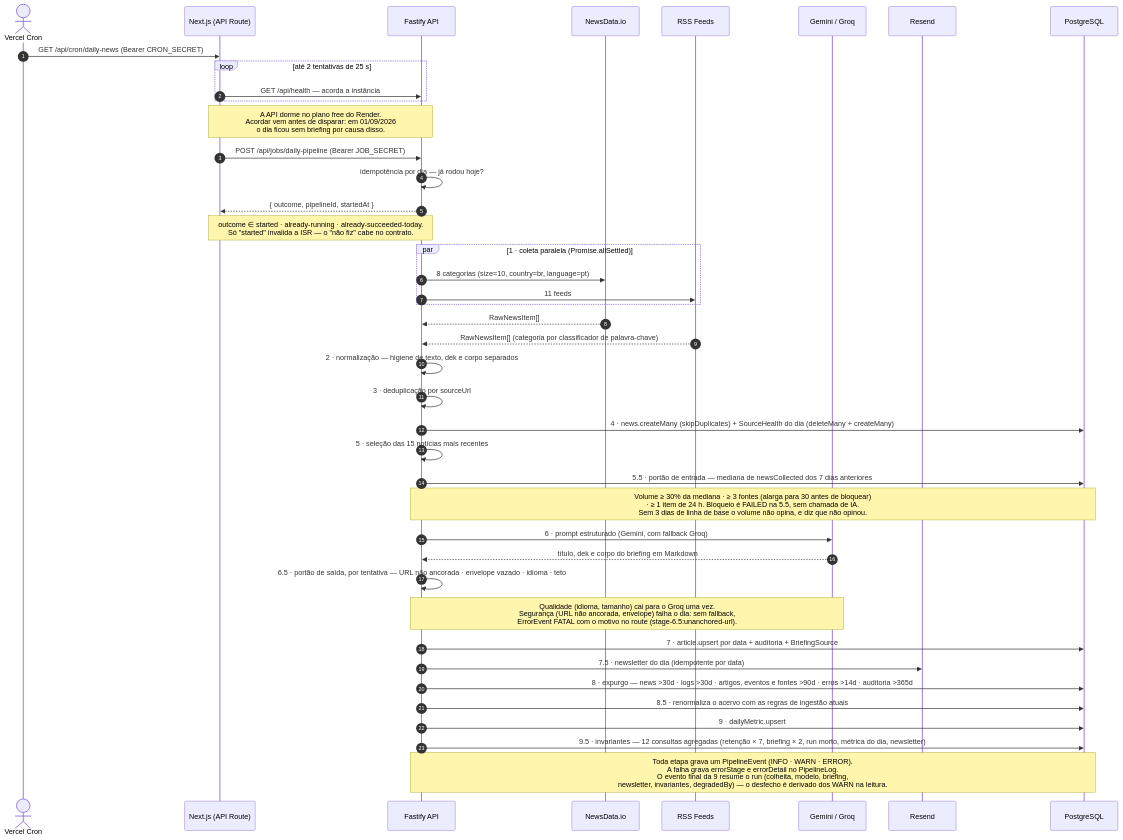
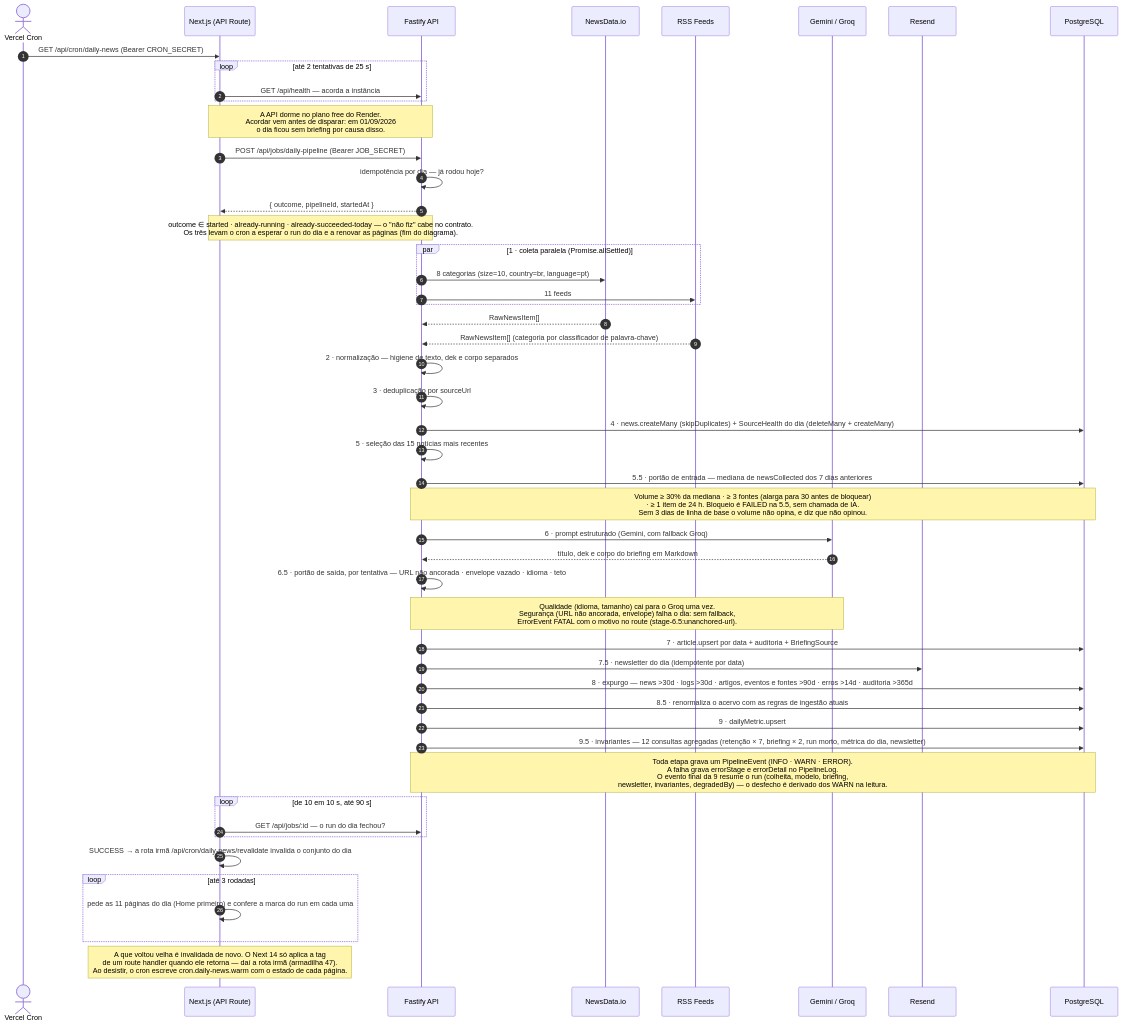
One commit to tavinholoco/newra-news changed the diagram in docs/diagrams/pipeline-sequence.mermaid. Above: the diagram before and after it, drawn with Mermaid. The commit also changed 14 other files, not shown here.

```diff
--- a/docs/diagrams/pipeline-sequence.mermaid
+++ b/docs/diagrams/pipeline-sequence.mermaid
@@ -1,60 +1,71 @@
 %% Diagrama de Sequência do Pipeline Diário — Newra News
 %% ---
-%% Atualizado em 19/09/2026. São **14 etapas**: 1–5, 5.5 (portão de entrada),
+%% Atualizado em 19/09/2026, e em 10/10/2026 com o fim do cron (13a′ do plano
+%% de observabilidade: esperar o run, invalidar pela rota irmã, pedir as
+%% páginas do dia). São **14 etapas**: 1–5, 5.5 (portão de entrada),
 %% 6, 6.5 (portão de saída), 7, 7.5 (newsletter), 8, 8.5 (renormalização), 9 e
 %% 9.5 (invariantes). As cinco não críticas — 7.5, 8, 8.5, 9 e 9.5 — falham
 %% sem abortar o pipeline; desde a Fase 11 do plano de observabilidade a
 %% escrita da SourceHealth, no fim da 4, também não aborta (WARN da etapa 4).
 %% A 9.5 (Fase 6) confere o que as anteriores deveriam ter deixado: violação
 %% vira ErrorEvent por invariante, não WARN do run. Os dois portões (Fase 9)
 %% bloqueiam: a 5.5 falha o dia sem gastar a chamada de IA; a 6.5 roda por
 %% tentativa dentro da 6 — qualidade cai para o Groq uma vez, segurança falha
 %% o dia sem fallback.
 sequenceDiagram
     autonumber
     actor VC as Vercel Cron
     participant NX as Next.js (API Route)
     participant API as Fastify API
     participant ND as NewsData.io
     participant RSS as RSS Feeds
     participant IA as Gemini / Groq
     participant RES as Resend
     participant DB as PostgreSQL
 
     VC->>NX: GET /api/cron/daily-news (Bearer CRON_SECRET)
 
     loop até 2 tentativas de 25 s
         NX->>API: GET /api/health — acorda a instância
     end
     Note over NX,API: A API dorme no plano free do Render.<br/>Acordar vem antes de disparar: em 01/09/2026<br/>o dia ficou sem briefing por causa disso.
 
     NX->>API: POST /api/jobs/daily-pipeline (Bearer JOB_SECRET)
     API->>API: idempotência por dia — já rodou hoje?
     API-->>NX: { outcome, pipelineId, startedAt }
-    Note over NX,API: outcome ∈ started · already-running · already-succeeded-today.<br/>Só "started" invalida a ISR — o "não fiz" cabe no contrato.
+    Note over NX,API: outcome ∈ started · already-running · already-succeeded-today — o "não fiz" cabe no contrato.<br/>Os três levam o cron a esperar o run do dia e a renovar as páginas (fim do diagrama).
 
     par 1 · coleta paralela (Promise.allSettled)
         API->>ND: 8 categorias (size=10, country=br, language=pt)
         API->>RSS: 11 feeds
     end
     ND-->>API: RawNewsItem[]
     RSS-->>API: RawNewsItem[] (categoria por classificador de palavra-chave)
 
     API->>API: 2 · normalização — higiene de texto, dek e corpo separados
     API->>API: 3 · deduplicação por sourceUrl
     API->>DB: 4 · news.createMany (skipDuplicates) + SourceHealth do dia (deleteMany + createMany)
     API->>API: 5 · seleção das 15 notícias mais recentes
     API->>DB: 5.5 · portão de entrada — mediana de newsCollected dos 7 dias anteriores
     Note over API,DB: Volume ≥ 30% da mediana · ≥ 3 fontes (alarga para 30 antes de bloquear)<br/>· ≥ 1 item de 24 h. Bloqueio é FAILED na 5.5, sem chamada de IA.<br/>Sem 3 dias de linha de base o volume não opina, e diz que não opinou.
     API->>IA: 6 · prompt estruturado (Gemini, com fallback Groq)
     IA-->>API: título, dek e corpo do briefing em Markdown
     API->>API: 6.5 · portão de saída, por tentativa — URL não ancorada · envelope vazado · idioma · teto
     Note over API,IA: Qualidade (idioma, tamanho) cai para o Groq uma vez.<br/>Segurança (URL não ancorada, envelope) falha o dia: sem fallback,<br/>ErrorEvent FATAL com o motivo no route (stage-6.5:unanchored-url).
     API->>DB: 7 · article.upsert por data + auditoria + BriefingSource
     API->>RES: 7.5 · newsletter do dia (idempotente por data)
     API->>DB: 8 · expurgo — news >30d · logs >30d · artigos, eventos e fontes >90d · erros >14d · auditoria >365d
     API->>DB: 8.5 · renormaliza o acervo com as regras de ingestão atuais
     API->>DB: 9 · dailyMetric.upsert
     API->>DB: 9.5 · invariantes — 12 consultas agregadas (retenção × 7, briefing × 2, run morto, métrica do dia, newsletter)
 
     Note over API,DB: Toda etapa grava um PipelineEvent (INFO · WARN · ERROR).<br/>A falha grava errorStage e errorDetail no PipelineLog.<br/>O evento final da 9 resume o run (colheita, modelo, briefing,<br/>newsletter, invariantes, degradedBy) — o desfecho é derivado dos WARN na leitura.
+
+    loop de 10 em 10 s, até 90 s
+        NX->>API: GET /api/jobs/:id — o run do dia fechou?
+    end
+    NX->>NX: SUCCESS → a rota irmã /api/cron/daily-news/revalidate invalida o conjunto do dia
+    loop até 3 rodadas
+        NX->>NX: pede as 11 páginas do dia (Home primeiro) e confere a marca do run em cada uma
+    end
+    Note over NX: A que voltou velha é invalidada de novo. O Next 14 só aplica a tag<br/>de um route handler quando ele retorna — daí a rota irmã (armadilha 47).<br/>Ao desistir, o cron escreve cron.daily-news.warm com o estado de cada página.
```
